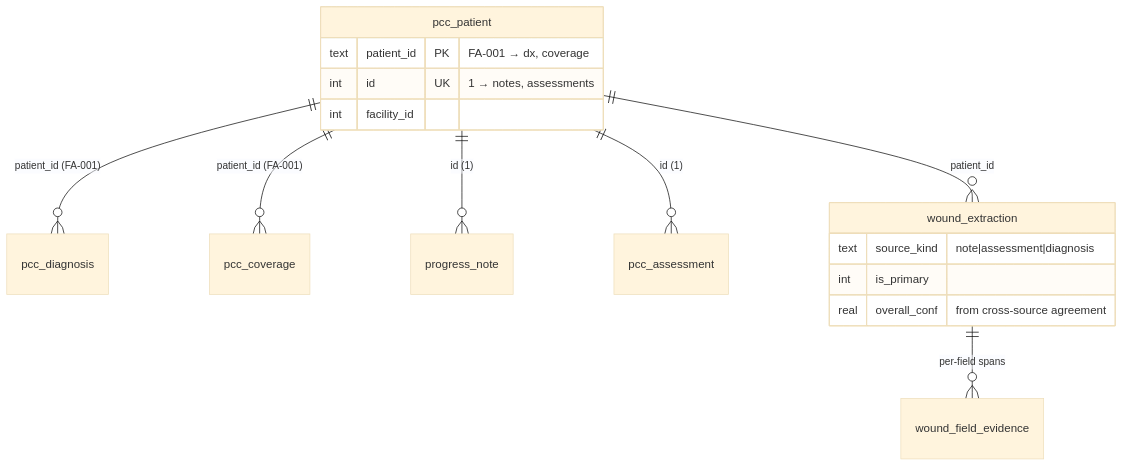
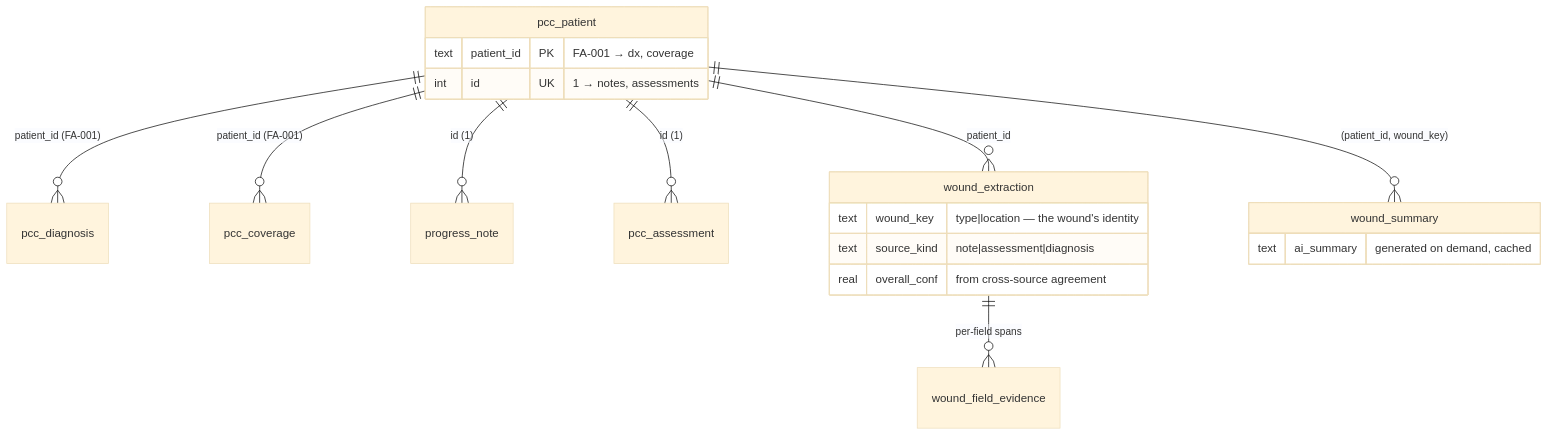
One commit to yashwanthsai1234/Hackathon-ABI-Frameworks changed the third of 3 diagrams in README.md. Above: the diagram before and after it, drawn with Mermaid (base theme). The commit also changed other lines of this file, not shown here.

Commit message:
docs: rewrite README for Concur, multi-wound, on-demand summaries

````diff
--- a/README.md
+++ b/README.md
@@ -78,19 +83,22 @@
 ```mermaid
 erDiagram
     pcc_patient ||--o{ pcc_diagnosis : "patient_id (FA-001)"
     pcc_patient ||--o{ pcc_coverage  : "patient_id (FA-001)"
     pcc_patient ||--o{ progress_note : "id (1)"
     pcc_patient ||--o{ pcc_assessment: "id (1)"
     pcc_patient ||--o{ wound_extraction : "patient_id"
     wound_extraction ||--o{ wound_field_evidence : "per-field spans"
+    pcc_patient ||--o{ wound_summary : "(patient_id, wound_key)"
     pcc_patient {
         text patient_id PK "FA-001 → dx, coverage"
         int  id UK         "1 → notes, assessments"
-        int  facility_id
     }
     wound_extraction {
+        text wound_key "type|location — the wound's identity"
         text source_kind "note|assessment|diagnosis"
-        int  is_primary
         real overall_conf "from cross-source agreement"
     }
+    wound_summary {
+        text ai_summary "generated on demand, cached"
+    }
 ```
````
